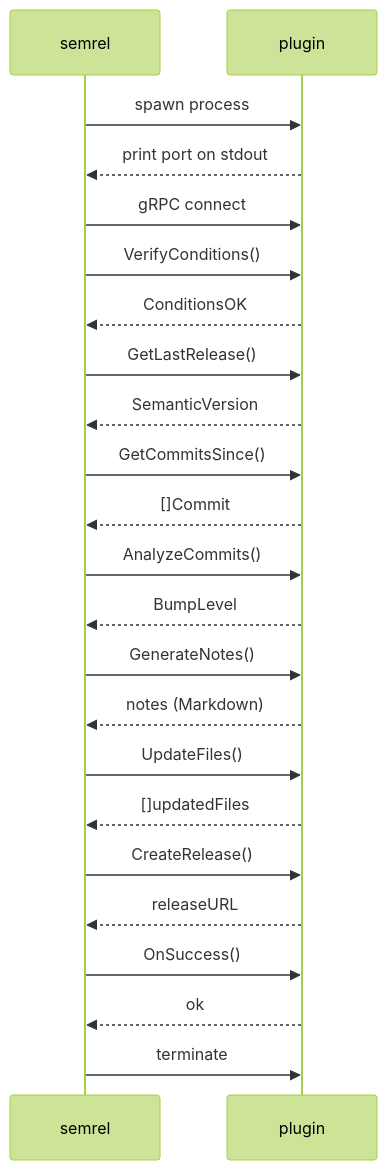
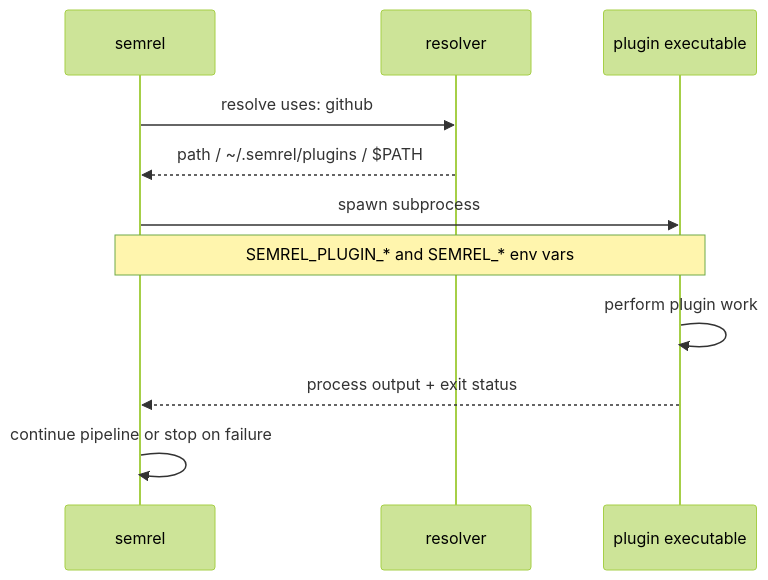
The diagram in src/content/docs/plugins/overview.mdx (GoSemantics/semrel-docs), drawn with Mermaid (forest theme) before and after one commit. The commit also changed other lines of this file, not shown here.

Commit message:
docs: update to reflect subprocess plugin model and new commands

````diff
--- a/src/content/docs/plugins/overview.mdx
+++ b/src/content/docs/plugins/overview.mdx
@@ -62,26 +83,14 @@
 ```mermaid
 sequenceDiagram
     participant S as semrel
-    participant P as plugin
+    participant R as resolver
+    participant P as plugin executable
 
-    S->>P: spawn process
-    P-->>S: print port on stdout
-    S->>P: gRPC connect
-    S->>P: VerifyConditions()
-    P-->>S: ConditionsOK
-    S->>P: GetLastRelease()
-    P-->>S: SemanticVersion
-    S->>P: GetCommitsSince()
-    P-->>S: []Commit
-    S->>P: AnalyzeCommits()
-    P-->>S: BumpLevel
-    S->>P: GenerateNotes()
-    P-->>S: notes (Markdown)
-    S->>P: UpdateFiles()
-    P-->>S: []updatedFiles
-    S->>P: CreateRelease()
-    P-->>S: releaseURL
-    S->>P: OnSuccess()
-    P-->>S: ok
-    S->>P: terminate
+    S->>R: resolve uses: github
+    R-->>S: path / ~/.semrel/plugins / $PATH
+    S->>P: spawn subprocess
+    Note over S,P: SEMREL_PLUGIN_* and SEMREL_* env vars
+    P->>P: perform plugin work
+    P-->>S: process output + exit status
+    S->>S: continue pipeline or stop on failure
 ```
````
